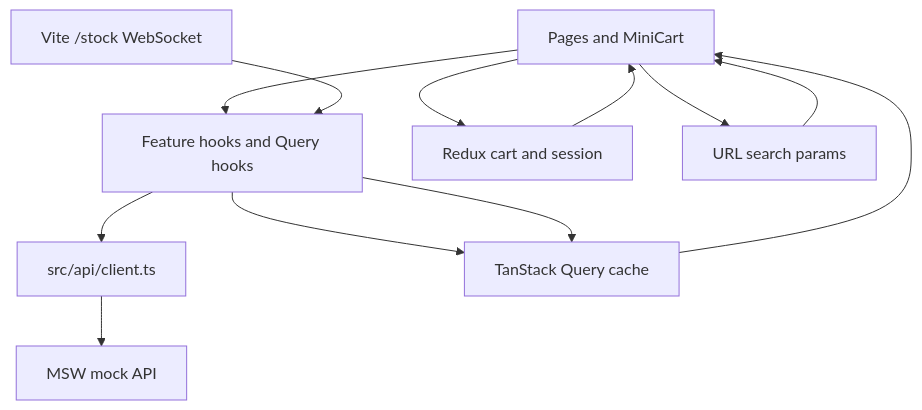
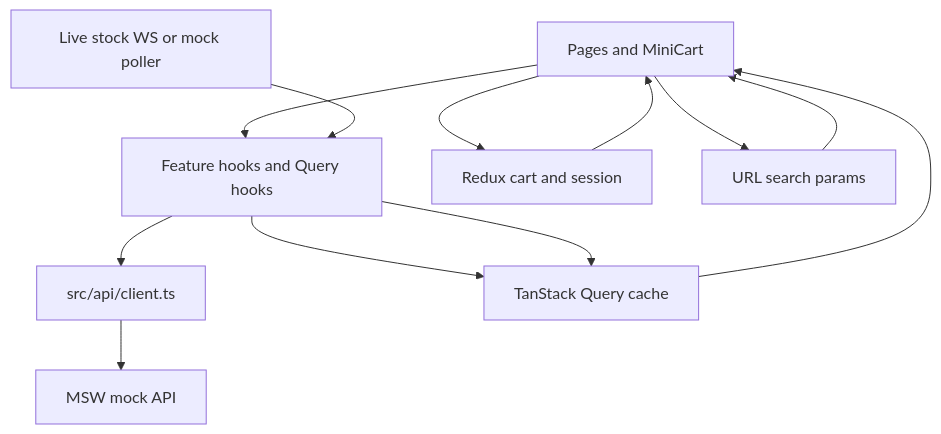
One commit to usmansarwar-folio3/AI-Transformation changed the diagram in bug-bazaar/docs/ARCHITECTURE.md. Above: the diagram before and after it, drawn with Mermaid. The commit also changed other lines of this file and 16 other files, not shown here.

Commit message:
resolve bug for vercel live stock

````diff
--- a/bug-bazaar/docs/ARCHITECTURE.md
+++ b/bug-bazaar/docs/ARCHITECTURE.md
@@ -39,23 +39,23 @@
 ```mermaid
 flowchart TB
   ui[Pages and MiniCart]
   hooks[Feature hooks and Query hooks]
   client[src/api/client.ts]
   msw[MSW mock API]
   query[TanStack Query cache]
   redux[Redux cart and session]
   url[URL search params]
-  stock[Vite /stock WebSocket]
+  stock[Live stock WS or mock poller]
 
   ui --> hooks
   ui --> redux
   ui --> url
   hooks --> client
   hooks --> query
   client --> msw
   stock --> hooks
   hooks --> query
   query --> ui
   redux --> ui
   url --> ui
 ```
````
